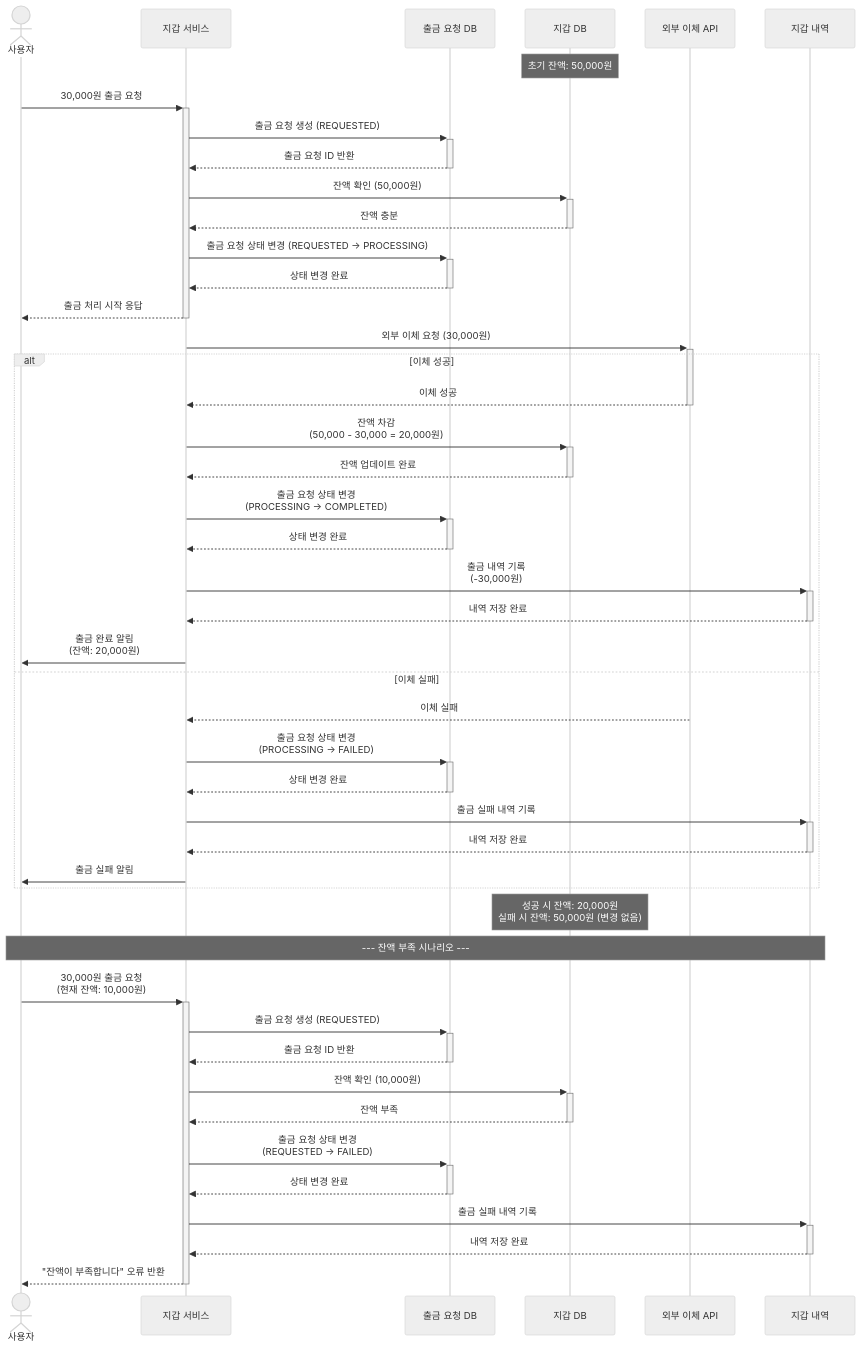
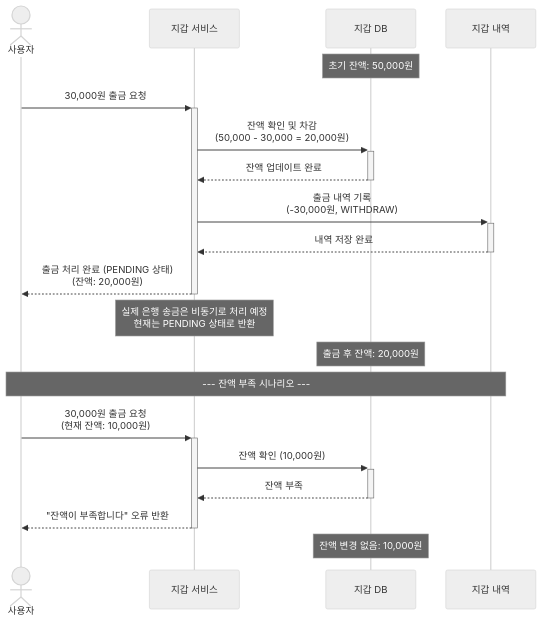
Before and after one commit to prgrms-be-adv-devcourse/beadv4_4_Team201_BE: the diagram in docs/sequences/4.9-wallet-withdrawal.md, drawn with Mermaid (neutral theme). The commit also changed other lines of this file and 48 other files, not shown here.

````diff
--- a/docs/sequences/4.9-wallet-withdrawal.md
+++ b/docs/sequences/4.9-wallet-withdrawal.md
@@ -5,75 +5,34 @@
 ```mermaid
 sequenceDiagram
     actor User as 사용자
     participant WalletService as 지갑 서비스
-    participant WithdrawalDB as 출금 요청 DB
     participant WalletDB as 지갑 DB
-    participant BankAPI as 외부 이체 API
     participant WalletHistory as 지갑 내역
 
     Note over WalletDB: 초기 잔액: 50,000원
 
-    %% 출금 요청 생성
+    %% 출금 요청 처리
     User->>+WalletService: 30,000원 출금 요청
-    WalletService->>+WithdrawalDB: 출금 요청 생성 (REQUESTED)
-    WithdrawalDB-->>-WalletService: 출금 요청 ID 반환
+    WalletService->>+WalletDB: 잔액 확인 및 차감<br/>(50,000 - 30,000 = 20,000원)
+    WalletDB-->>-WalletService: 잔액 업데이트 완료
 
-    %% 출금 가능 여부 검증 및 처리 시작
-    WalletService->>+WalletDB: 잔액 확인 (50,000원)
-    WalletDB-->>-WalletService: 잔액 충분
+    WalletService->>+WalletHistory: 출금 내역 기록<br/>(-30,000원, WITHDRAW)
+    WalletHistory-->>-WalletService: 내역 저장 완료
 
-    WalletService->>+WithdrawalDB: 출금 요청 상태 변경 (REQUESTED → PROCESSING)
-    WithdrawalDB-->>-WalletService: 상태 변경 완료
+    WalletService-->>-User: 출금 처리 완료 (PENDING 상태)<br/>(잔액: 20,000원)
 
-    WalletService-->>-User: 출금 처리 시작 응답
+    Note over WalletService: 실제 은행 송금은 비동기로 처리 예정<br/>현재는 PENDING 상태로 반환
 
-    %% 외부 이체 처리
-    WalletService->>+BankAPI: 외부 이체 요청 (30,000원)
-
-    alt 이체 성공
-        BankAPI-->>WalletService: 이체 성공
-        deactivate BankAPI
-
-        WalletService->>+WalletDB: 잔액 차감<br/>(50,000 - 30,000 = 20,000원)
-        WalletDB-->>-WalletService: 잔액 업데이트 완료
-
-        WalletService->>+WithdrawalDB: 출금 요청 상태 변경<br/>(PROCESSING → COMPLETED)
-        WithdrawalDB-->>-WalletService: 상태 변경 완료
-
-        WalletService->>+WalletHistory: 출금 내역 기록<br/>(-30,000원)
-        WalletHistory-->>-WalletService: 내역 저장 완료
-
-        WalletService->>User: 출금 완료 알림<br/>(잔액: 20,000원)
-
-    else 이체 실패
-        BankAPI-->>WalletService: 이체 실패
-
-        WalletService->>+WithdrawalDB: 출금 요청 상태 변경<br/>(PROCESSING → FAILED)
-        WithdrawalDB-->>-WalletService: 상태 변경 완료
-
-        WalletService->>+WalletHistory: 출금 실패 내역 기록
-        WalletHistory-->>-WalletService: 내역 저장 완료
-
-        WalletService->>User: 출금 실패 알림
-    end
-
-    Note over WalletDB: 성공 시 잔액: 20,000원<br/>실패 시 잔액: 50,000원 (변경 없음)
+    Note over WalletDB: 출금 후 잔액: 20,000원
 
     %% 잔액 부족 시나리오
     Note over User,WalletHistory: --- 잔액 부족 시나리오 ---
 
     User->>+WalletService: 30,000원 출금 요청<br/>(현재 잔액: 10,000원)
-    WalletService->>+WithdrawalDB: 출금 요청 생성 (REQUESTED)
-    WithdrawalDB-->>-WalletService: 출금 요청 ID 반환
-
     WalletService->>+WalletDB: 잔액 확인 (10,000원)
     WalletDB-->>-WalletService: 잔액 부족
 
-    WalletService->>+WithdrawalDB: 출금 요청 상태 변경<br/>(REQUESTED → FAILED)
-    WithdrawalDB-->>-WalletService: 상태 변경 완료
+    WalletService-->>-User: "잔액이 부족합니다" 오류 반환
 
-    WalletService->>+WalletHistory: 출금 실패 내역 기록
-    WalletHistory-->>-WalletService: 내역 저장 완료
-
-    WalletService-->>-User: "잔액이 부족합니다" 오류 반환
+    Note over WalletDB: 잔액 변경 없음: 10,000원
 ```
````
